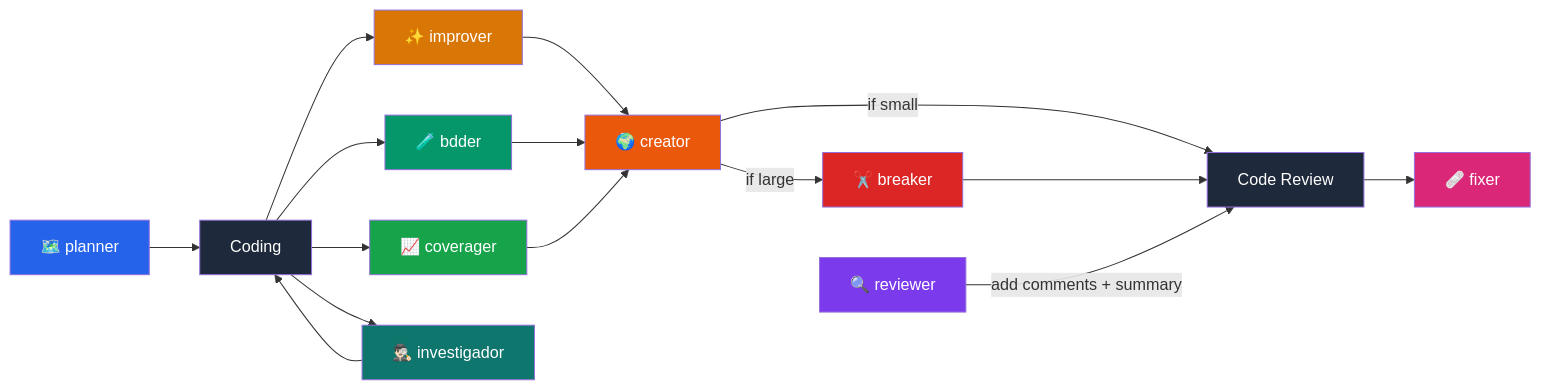
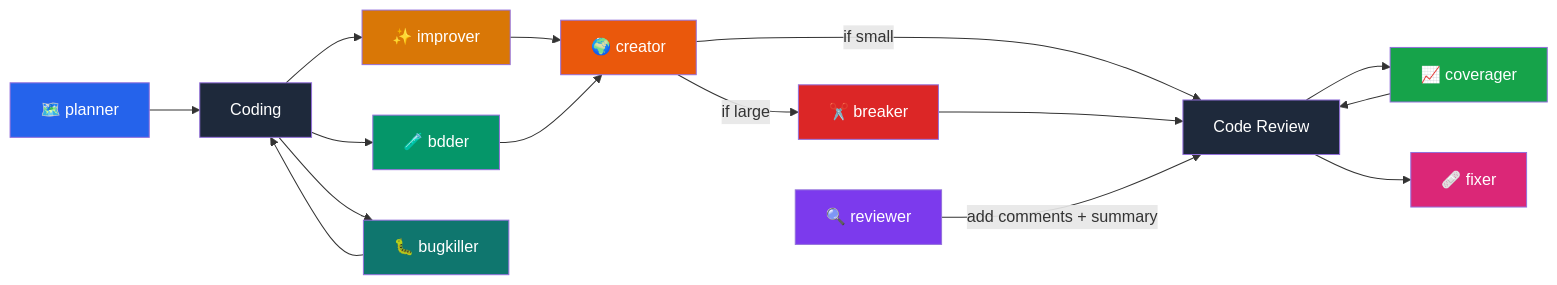
The diagram in README.md (Victorcorcos/skills), drawn with Mermaid before and after one commit.

Commit message:
Reorganize /coverager in the mermaid chart

````diff
--- a/README.md
+++ b/README.md
@@ -58,29 +58,29 @@
 ```mermaid
 flowchart LR
     A[🗺️ planner] --> B[Coding]
     B --> C[✨ improver]
     B --> D[🧪 bdder]
-    B --> J[📈 coverager]
     C --> E[🌍 creator]
     D --> E[🌍 creator]
-    J --> E[🌍 creator]
     E -->|if small| F[Code Review]
     E -->|if large| G[✂️ breaker]
     G --> F
     I[🔍 reviewer] -->|add comments + summary| F
+    F --> J[📈 coverager]
+    J --> F
     F --> H[🩹 fixer]
-    B --> K[🕵🏻‍♂️ investigador]
+    B --> K[🐛 bugkiller]
     K --> B
 
     style A fill:#2563EB,color:#fff
     style C fill:#D97706,color:#fff
     style D fill:#059669,color:#fff
     style E fill:#EA580C,color:#fff
     style F fill:#1e293b,color:#fff
     style G fill:#DC2626,color:#fff
     style H fill:#DB2777,color:#fff
     style I fill:#7C3AED,color:#fff
     style J fill:#16a34a,color:#fff
     style K fill:#0f766e,color:#fff
     style B fill:#1e293b,color:#fff
 ```
````
